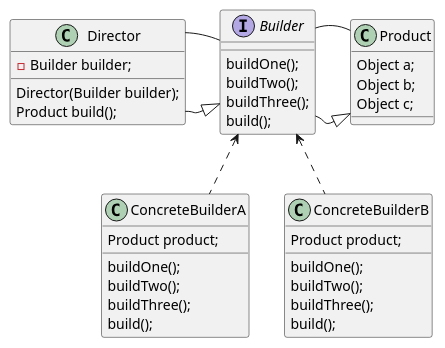
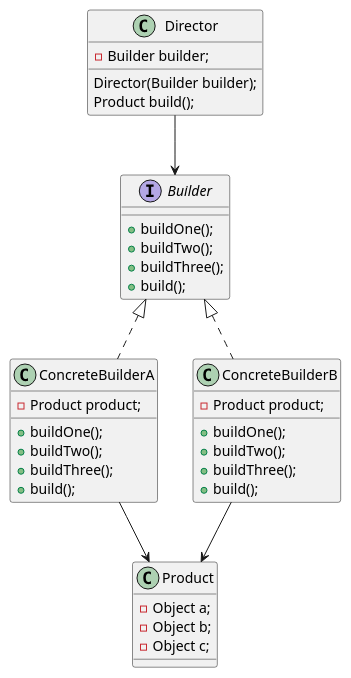
One commit to nonlatepavilion/basics changed the diagram in basic/src/main/java/top/non/late/pavilion/basic/java/designs/builder/uml/class.puml. Above: the diagram before and after it, drawn with PlantUML. The commit also changed 1 other file, not shown here.

```diff
--- a/basic/src/main/java/top/non/late/pavilion/basic/java/designs/builder/uml/class.puml
+++ b/basic/src/main/java/top/non/late/pavilion/basic/java/designs/builder/uml/class.puml
@@ -1,44 +1,47 @@
 @startuml
 
 class Director{
     - Builder builder;
     Director(Builder builder);
     Product build();
 
 }
 interface Builder{
-    buildOne();
-    buildTwo();
-    buildThree();
-    build();
+    + buildOne();
+    + buildTwo();
+    + buildThree();
+    + build();
 }
 class Product{
-    Object a;
-    Object b;
-    Object c;
+    - Object a;
+    - Object b;
+    - Object c;
 }
 class ConcreteBuilderA{
-    Product product;
-    buildOne();
-    buildTwo();
-    buildThree();
-    build();
+    - Product product;
+    + buildOne();
+    + buildTwo();
+    + buildThree();
+    + build();
 }
 class ConcreteBuilderB{
-    Product product;
-    buildOne();
-    buildTwo();
-    buildThree();
-    build();
+    - Product product;
+    + buildOne();
+    + buildTwo();
+    + buildThree();
+    + build();
 }
 
-Director --|> Builder
-Builder --|> Product
+Director --> Builder
 
-Builder <.. ConcreteBuilderA
-Builder <.. ConcreteBuilderB
+' A know product but product don't know A
+ConcreteBuilderA --> Product
+ConcreteBuilderB --> Product
 
-Builder -left Director
-Builder -right Product
+Builder <|.. ConcreteBuilderA
+Builder <|.. ConcreteBuilderB
+
+'Builder -left Director
+'Builder -right Product
 
 @enduml
```
